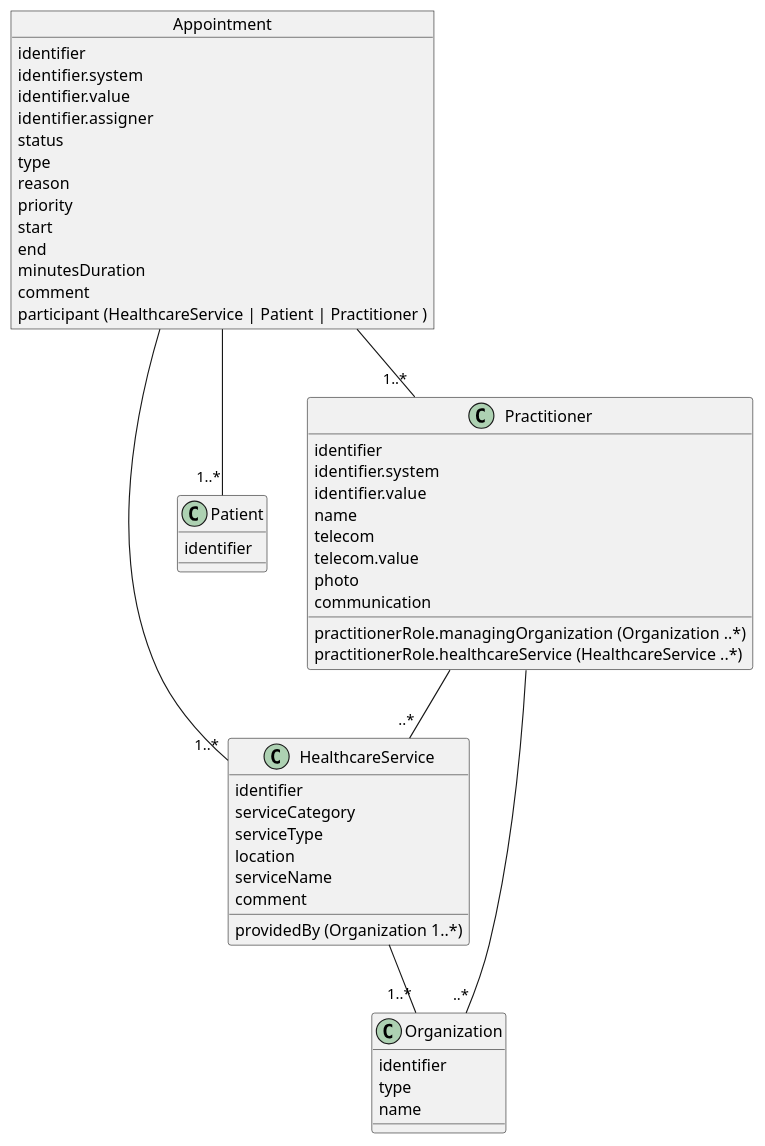
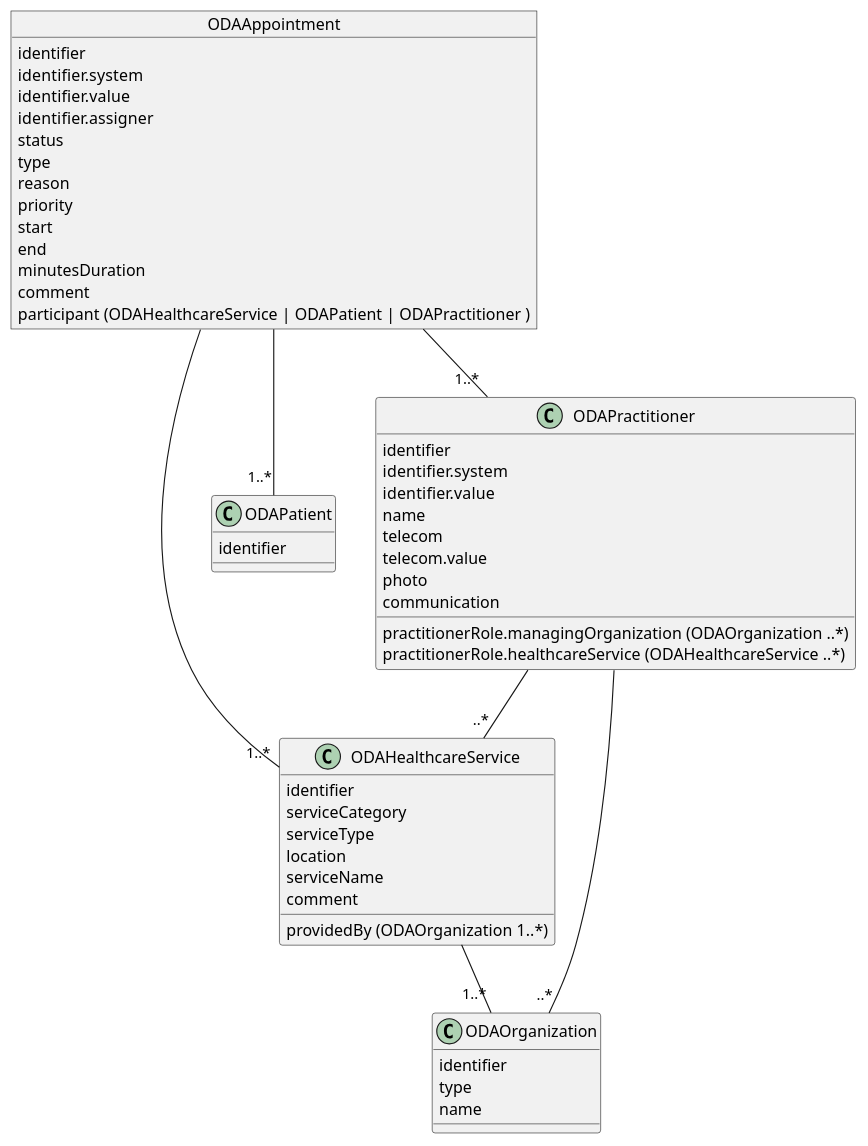
Before and after one commit to omahoito/rfc: the diagram in PLANTUML_Diagrams/ODA_ajanvaraus.plantuml, drawn with PlantUML.

```diff
--- a/PLANTUML_Diagrams/ODA_ajanvaraus.plantuml
+++ b/PLANTUML_Diagrams/ODA_ajanvaraus.plantuml
@@ -1,59 +1,59 @@
 @startuml
-object Appointment{
+object ODAAppointment{
   identifier
   identifier.system
   identifier.value
   identifier.assigner
   status
   type
   reason
   priority
   start
   end
   minutesDuration
   comment
-  participant (HealthcareService | Patient | Practitioner )
+  participant (ODAHealthcareService | ODAPatient | ODAPractitioner )
 }
 
-Appointment -- "1..*" HealthcareService
-Appointment -- "1..*" Patient
-Appointment -- "1..*" Practitioner
+ODAAppointment -- "1..*" ODAHealthcareService
+ODAAppointment -- "1..*" ODAPatient
+ODAAppointment -- "1..*" ODAPractitioner
 
-object HealthcareService{
+object ODAHealthcareService{
   identifier
-  providedBy (Organization 1..*)
+  providedBy (ODAOrganization 1..*)
   serviceCategory
   serviceType
   location
   serviceName
   comment
 }
 
-HealthcareService -- "1..*" Organization
+ODAHealthcareService -- "1..*" ODAOrganization
 
-object Organization{
+object ODAOrganization{
   identifier
   type
   name  
 }
 
-object Patient{
+object ODAPatient{
   identifier
 }
 
-object Practitioner{
+object ODAPractitioner{
   identifier
   identifier.system
   identifier.value
   name
   telecom
   telecom.value
   photo
-  practitionerRole.managingOrganization (Organization ..*)
-  practitionerRole.healthcareService (HealthcareService ..*)
+  practitionerRole.managingOrganization (ODAOrganization ..*)
+  practitionerRole.healthcareService (ODAHealthcareService ..*)
   communication
 }
 
-Practitioner -- "..*" Organization
-Practitioner -- "..*" HealthcareService
+ODAPractitioner -- "..*" ODAOrganization
+ODAPractitioner -- "..*" ODAHealthcareService
 @enduml
```
